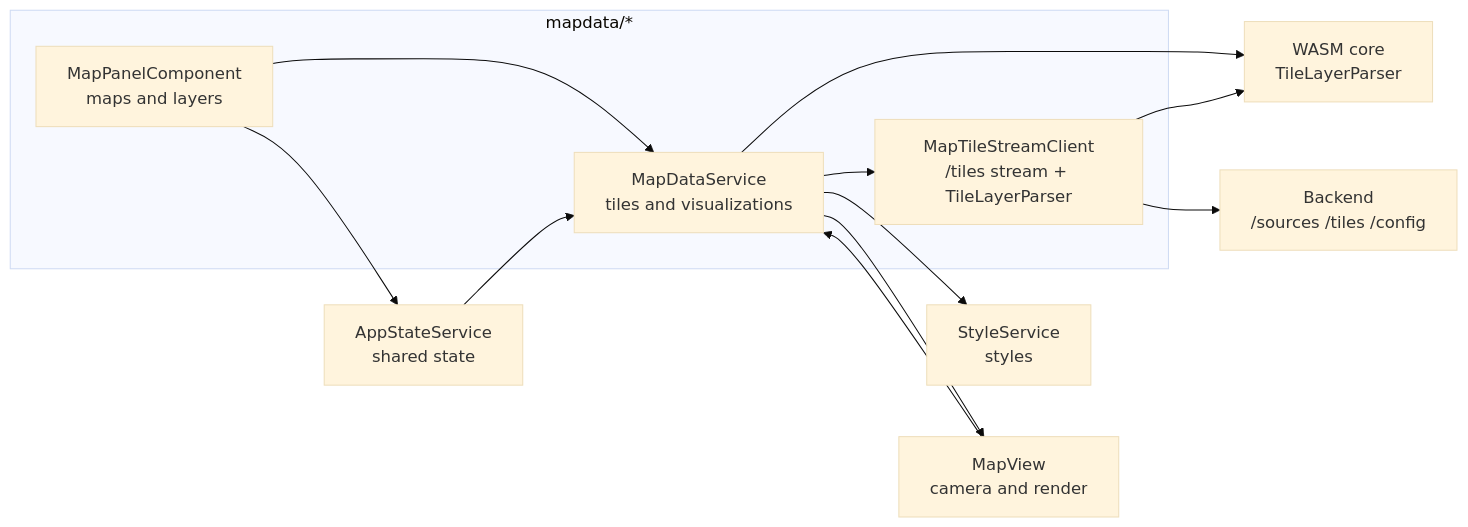
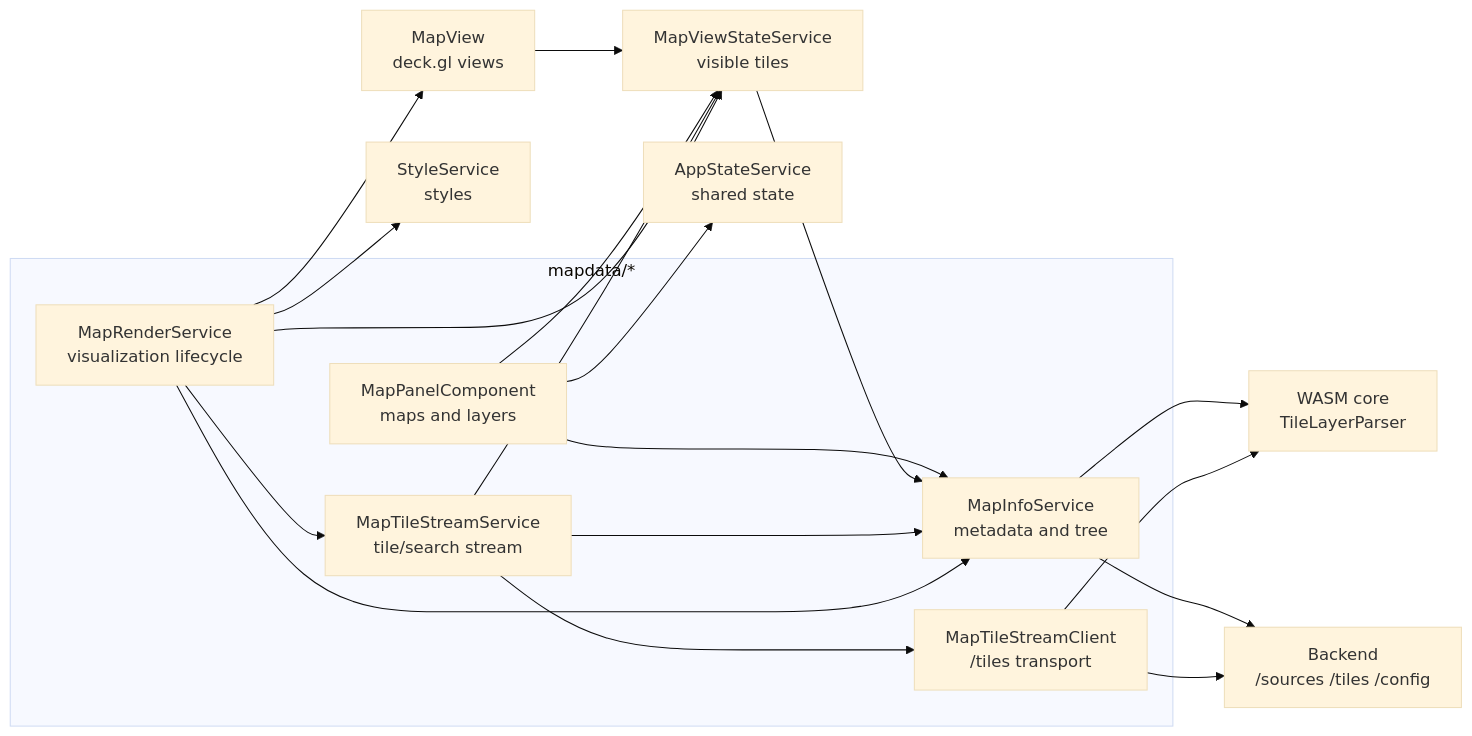
One commit to ndsev/erdblick changed the second of 10 diagrams in docs/erdblick-dev-guide.md. Above: the diagram before and after it, drawn with Mermaid (base theme). The commit also changed other lines of this file and 43 other files, not shown here.

Commit message:
Split up the MapDataService

````diff
--- a/docs/erdblick-dev-guide.md
+++ b/docs/erdblick-dev-guide.md
@@ -172,26 +214,36 @@
 ```mermaid
 flowchart LR
   subgraph mapdata_dir[mapdata/*]
     MapPanel[MapPanelComponent<br>maps and layers]
-    MapSvc[MapDataService<br>tiles and visualizations]
-    TileStream[MapTileStreamClient<br>/tiles stream + TileLayerParser]
+    MapInfo[MapInfoService<br>metadata and tree]
+    TileStreamSvc[MapTileStreamService<br>tile/search stream]
+    RenderSvc[MapRenderService<br>visualization lifecycle]
+    TileClient[MapTileStreamClient<br>/tiles transport]
   end
   State[AppStateService<br>shared state]
   StyleSvc[StyleService<br>styles]
   Core[WASM core<br>TileLayerParser]
   Backend[Backend<br>/sources /tiles /config]
-  View[MapView<br>camera and render]
+  ViewState[MapViewStateService<br>visible tiles]
+  View[MapView<br>deck.gl views]
 
-  MapPanel --> MapSvc
+  MapPanel --> MapInfo
+  MapPanel --> ViewState
   MapPanel --> State
 
-  View --> MapSvc
-  State --> MapSvc
+  View --> ViewState
+  ViewState --> MapInfo
+  TileStreamSvc --> ViewState
+  TileStreamSvc --> MapInfo
+  RenderSvc --> ViewState
+  RenderSvc --> TileStreamSvc
+  RenderSvc --> MapInfo
+  RenderSvc --> StyleSvc
 
-  MapSvc --> StyleSvc
-  MapSvc --> Core
-  MapSvc --> TileStream
-  TileStream --> Core
-  TileStream --> Backend
-  MapSvc --> View
+  MapInfo --> Core
+  MapInfo --> Backend
+  TileStreamSvc --> TileClient
+  TileClient --> Core
+  TileClient --> Backend
+  RenderSvc --> View
 ```
````
